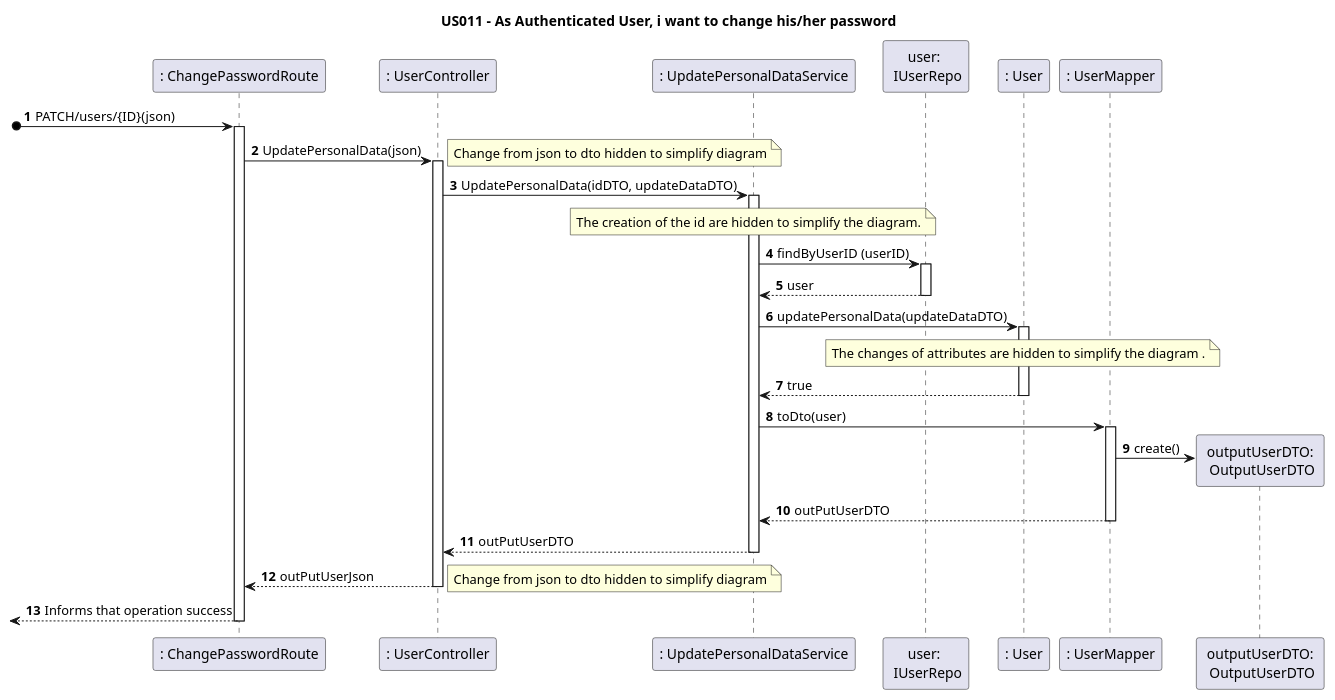
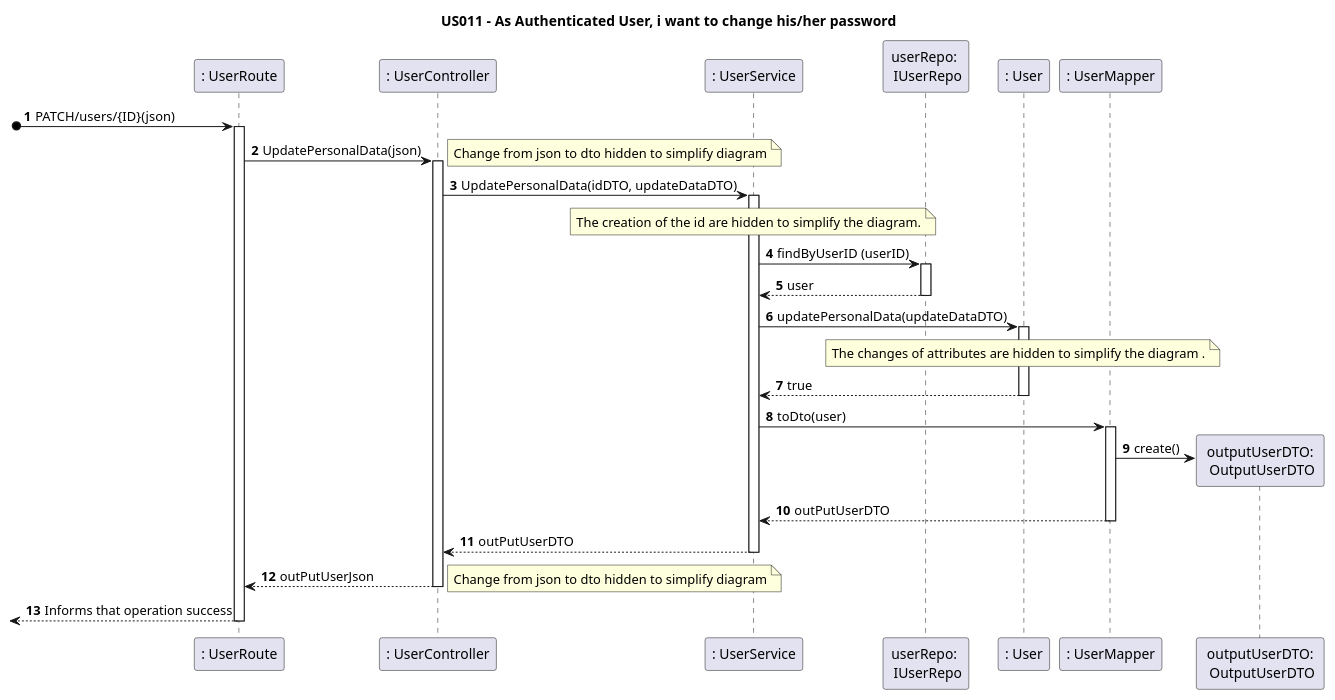
The diagram in docs/Sprint1/US011/US011RE-SD.puml (nunogon1211787/projectManagement), drawn with PlantUML before and after one commit. The commit also changed 335 other files, not shown here.

```diff
--- a/docs/Sprint1/US011/US011RE-SD.puml
+++ b/docs/Sprint1/US011/US011RE-SD.puml
@@ -1,50 +1,50 @@
 @startuml
 'https://plantuml.com/sequence-diagram
 
 title US011 - As Authenticated User, i want to change his/her password
 
 autoactivate on
 autonumber
 
 
-participant ": ChangePasswordRoute" as UI
+participant ": UserRoute" as UI
 participant ": UserController" as Ctrl
-participant ": UpdatePersonalDataService" as service
-participant "user: \n IUserRepo" as repo
+participant ": UserService" as service
+participant "userRepo: \n IUserRepo" as repo
 participant ": User" as user
 participant ": UserMapper" as mapper
 participant " outputUserDTO: \n OutputUserDTO" as outdto
 
 
 
 [o-> UI: PATCH/users/{ID}(json)
 UI -> Ctrl: UpdatePersonalData(json)
 note right
 Change from json to dto hidden to simplify diagram
 end note
 Ctrl -> service : UpdatePersonalData(idDTO, updateDataDTO)
 note over service : The creation of the id are hidden to simplify the diagram.
 
 service -> repo: findByUserID (userID)
 repo --> service : user
 service->user: updatePersonalData(updateDataDTO)
 note over user : The changes of attributes are hidden to simplify the diagram .
 
 'user -> user: validateOldPassword(oldPassword)
 'deactivate user
 'user -> user: updatePassword(oldPassword, newPassword,\n newPasswordConfirmation)
 'deactivate user
 user-->service : true
 
 service->mapper : toDto(user)
 mapper -> outdto **: create()
 mapper-->service : outPutUserDTO
 service-->Ctrl : outPutUserDTO
 Ctrl -->UI : outPutUserJson
 note right
 Change from json to dto hidden to simplify diagram
 end note
 [<--UI : Informs that operation success
 
 
 @enduml
```
